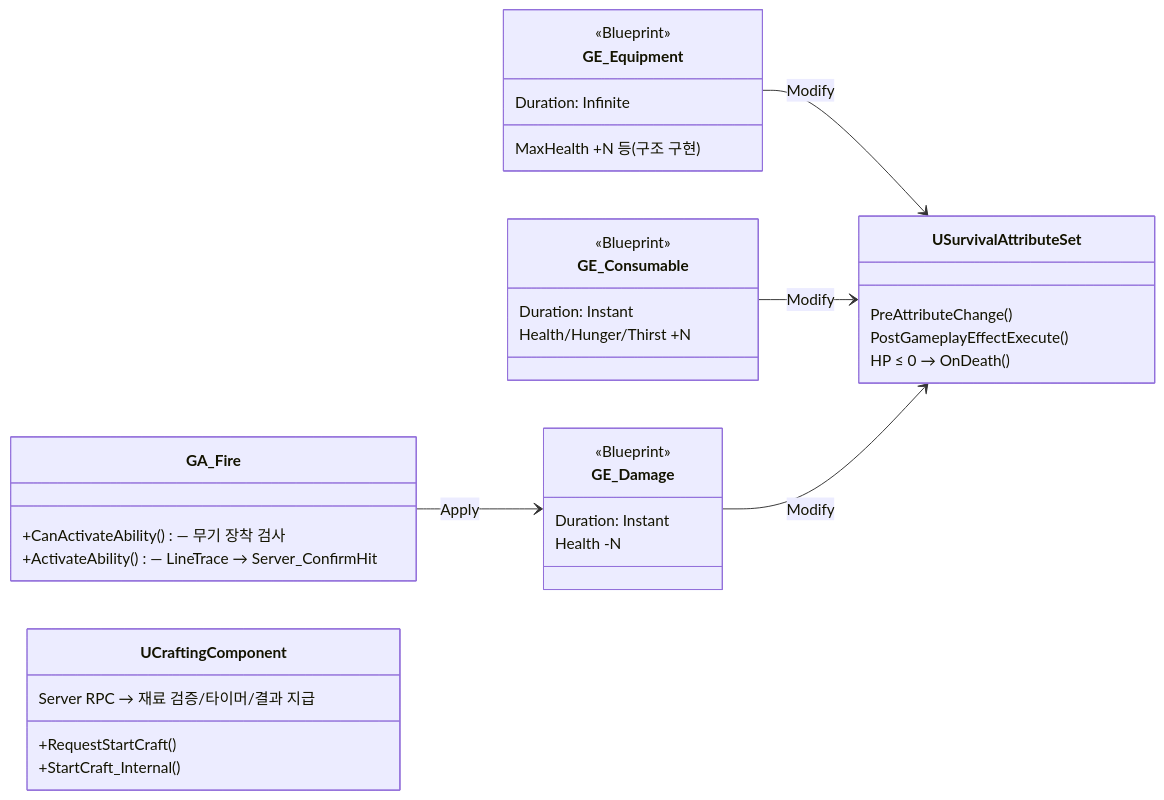
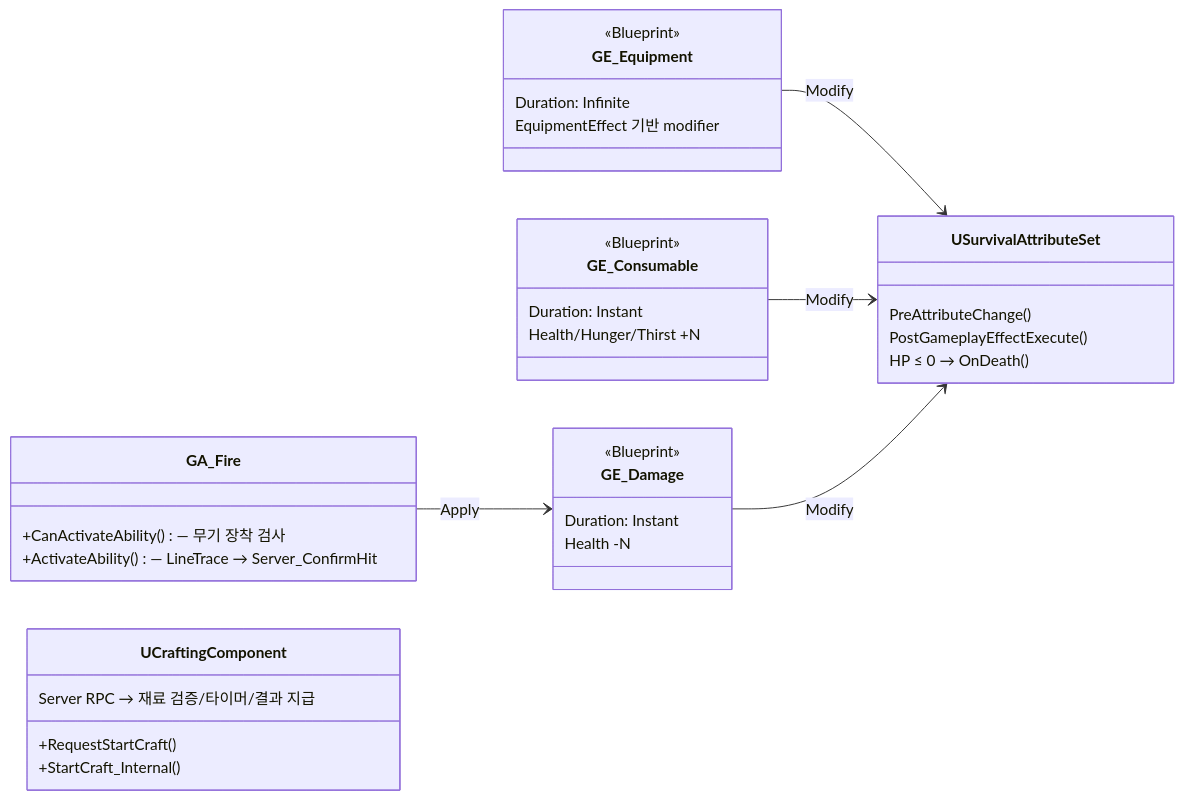
Before and after one commit to agnesAqr/project_EXFIL: the second of 3 diagrams in README.md, drawn with Mermaid. The commit also changed other lines of this file and 7 other files, not shown here.

````diff
--- a/README.md
+++ b/README.md
@@ -281,44 +281,44 @@
 ```mermaid
 classDiagram
     direction LR
 
     class GA_Fire {
         +CanActivateAbility() — 무기 장착 검사
         +ActivateAbility() — LineTrace → Server_ConfirmHit
     }
 
     class UCraftingComponent {
         +RequestStartCraft()
         +StartCraft_Internal()
         Server RPC → 재료 검증/타이머/결과 지급
     }
 
     class GE_Consumable {
         <<Blueprint>>
         Duration: Instant
         Health/Hunger/Thirst +N
     }
 
     class GE_Equipment {
         <<Blueprint>>
         Duration: Infinite
-        MaxHealth +N 등 (구조 구현)
+        EquipmentEffect 기반 modifier
     }
 
     class GE_Damage {
         <<Blueprint>>
         Duration: Instant
         Health -N
     }
 
     class USurvivalAttributeSet {
         PreAttributeChange()
         PostGameplayEffectExecute()
         HP ≤ 0 → OnDeath()
     }
 
     GA_Fire --> GE_Damage : Apply
     GE_Equipment --> USurvivalAttributeSet : Modify
     GE_Consumable --> USurvivalAttributeSet : Modify
     GE_Damage --> USurvivalAttributeSet : Modify
 ```
````
